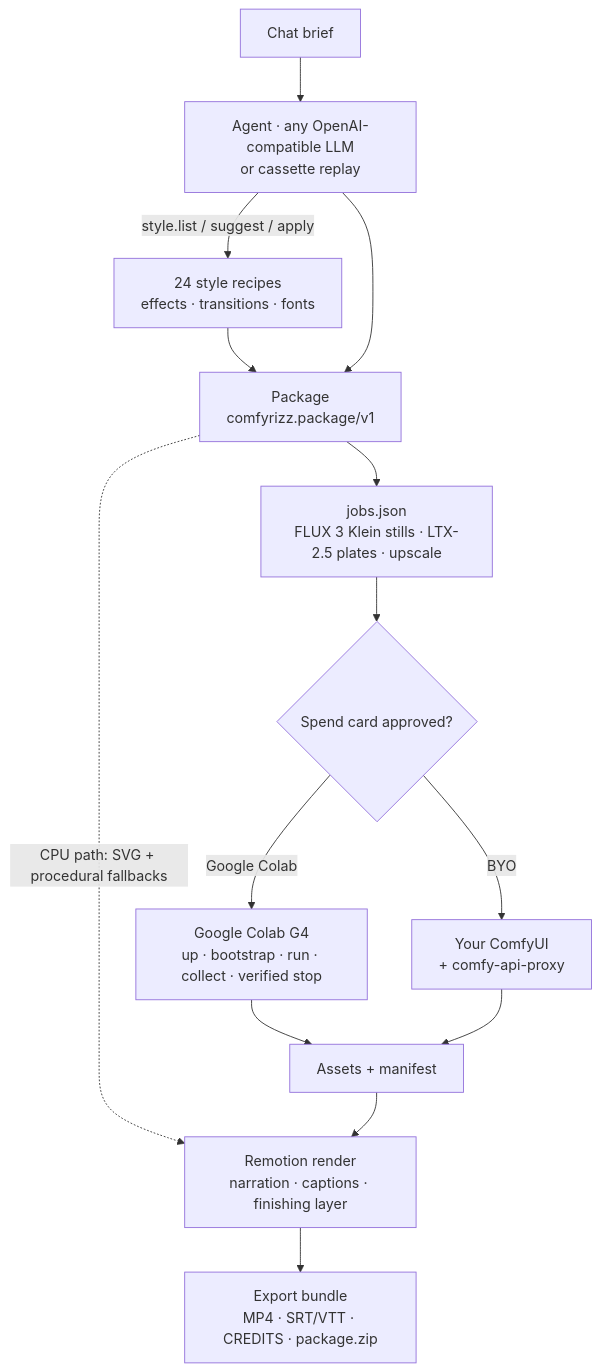
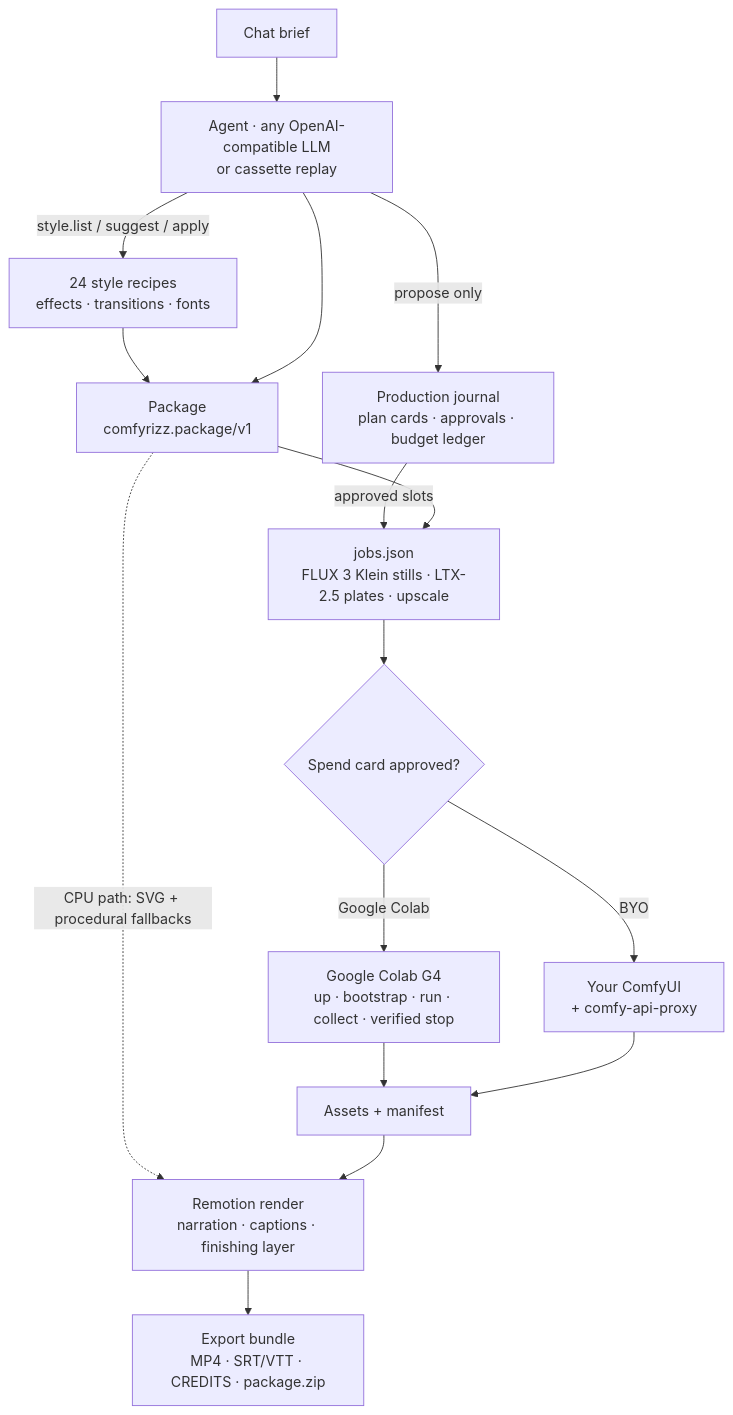
One commit to mojomast/comfyrizz changed the diagram in README.md. Above: the diagram before and after it, drawn with Mermaid. The commit also changed other lines of this file and 16 other files, not shown here.

````diff
--- a/README.md
+++ b/README.md
@@ -273,16 +300,18 @@
 ```mermaid
 flowchart TD
     A["Chat brief"] --> B["Agent · any OpenAI-compatible LLM<br/>or cassette replay"]
     B -->|style.list / suggest / apply| R["24 style recipes<br/>effects · transitions · fonts"]
     R --> C
     B --> C["Package<br/>comfyrizz.package/v1"]
+    B -->|"propose only"| P["Production journal<br/>plan cards · approvals · budget ledger"]
+    P -->|"approved slots"| D
     C --> D["jobs.json<br/>FLUX 3 Klein stills · LTX-2.5 plates · upscale"]
     D --> S{"Spend card approved?"}
     S -->|Google Colab| E["Google Colab G4<br/>up · bootstrap · run · collect · verified stop"]
     S -->|BYO| F["Your ComfyUI<br/>+ comfy-api-proxy"]
     E --> G["Assets + manifest"]
     F --> G
     C -.->|"CPU path: SVG + procedural fallbacks"| H
     G --> H["Remotion render<br/>narration · captions · finishing layer"]
     H --> I["Export bundle<br/>MP4 · SRT/VTT · CREDITS · package.zip"]
 ```
````
